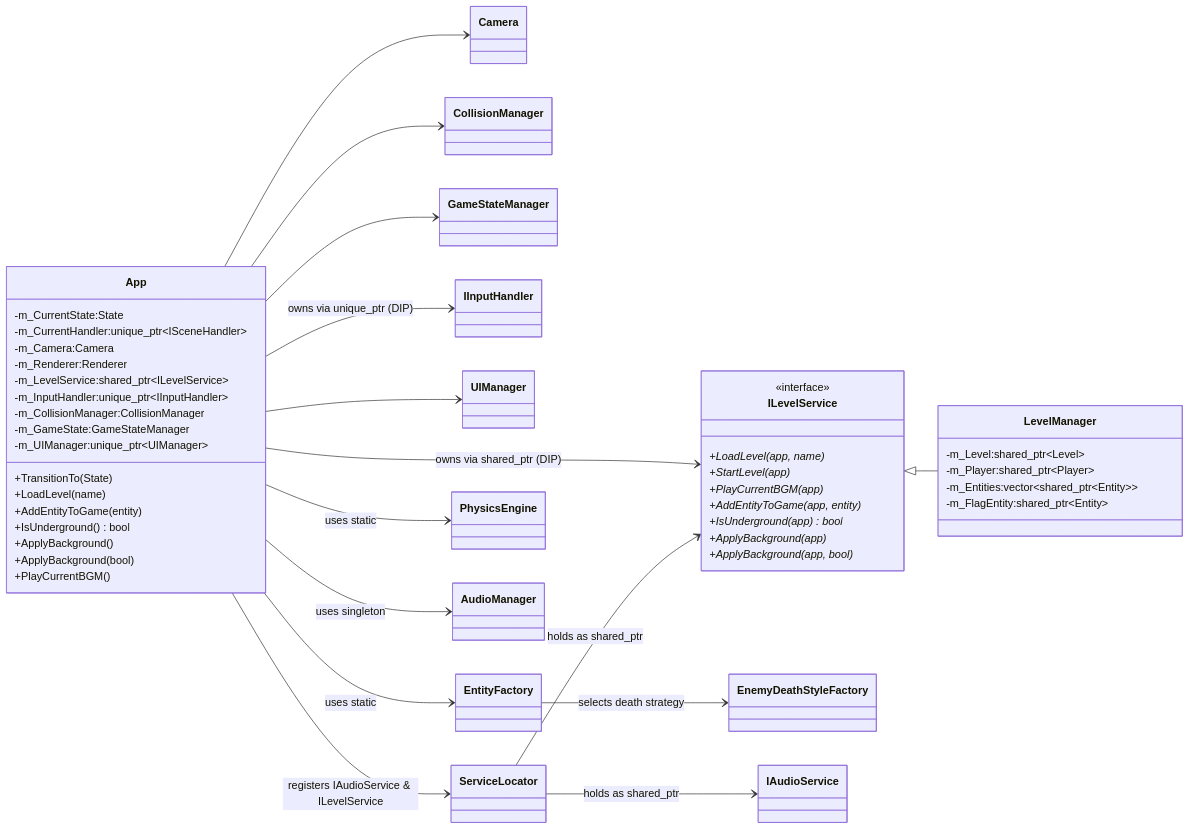
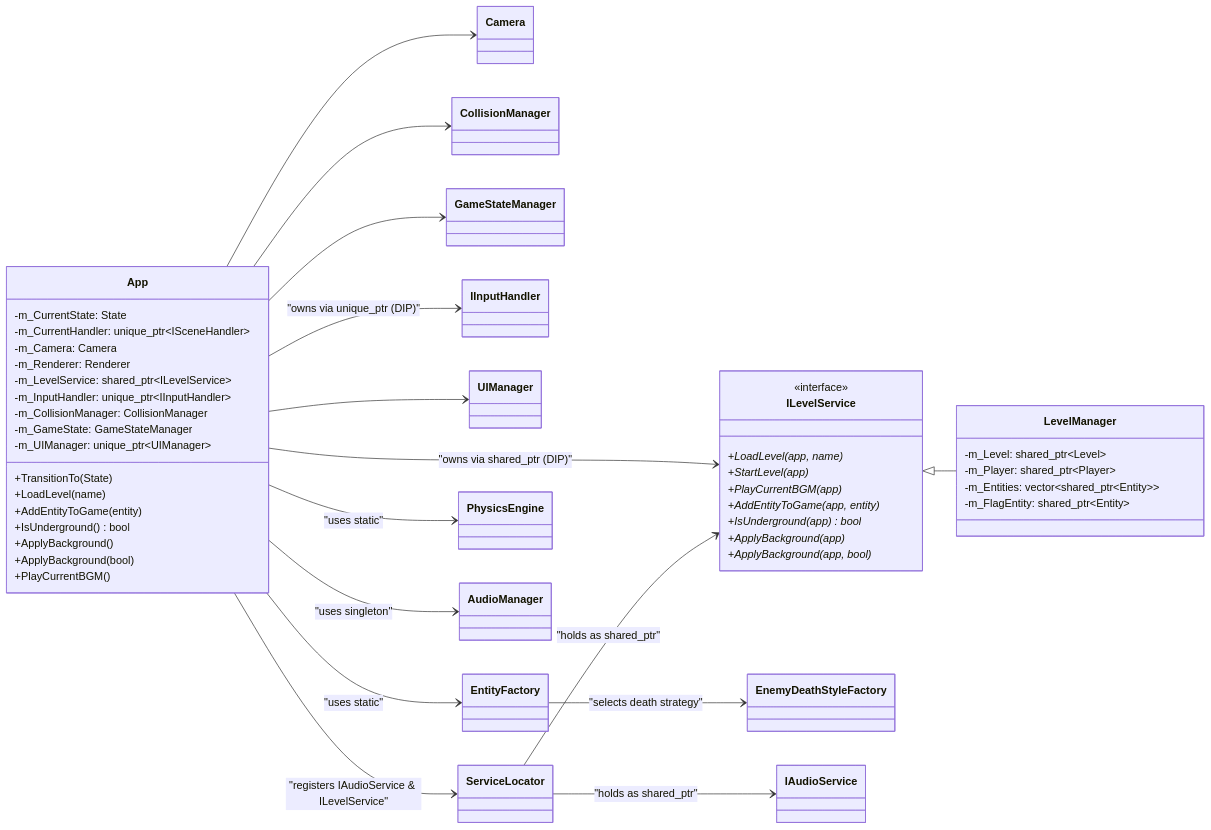
Before and after one commit to Andy87877/NTUT_OOPL_mario: the eighth of 23 diagrams in Constructure.md, drawn with Mermaid. The commit also changed other lines of this file, not shown here.

````diff
--- a/Constructure.md
+++ b/Constructure.md
@@ -582,56 +565,56 @@
 ```mermaid
 classDiagram
     direction LR
 
     class App {
-        -m_CurrentState:State
-        -m_CurrentHandler:unique_ptr~ISceneHandler~
-        -m_Camera:Camera
-        -m_Renderer:Renderer
-        -m_LevelService:shared_ptr~ILevelService~
-        -m_InputHandler:unique_ptr~IInputHandler~
-        -m_CollisionManager:CollisionManager
-        -m_GameState:GameStateManager
-        -m_UIManager:unique_ptr~UIManager~
+        -m_CurrentState: State
+        -m_CurrentHandler: unique_ptr~ISceneHandler~
+        -m_Camera: Camera
+        -m_Renderer: Renderer
+        -m_LevelService: shared_ptr~ILevelService~
+        -m_InputHandler: unique_ptr~IInputHandler~
+        -m_CollisionManager: CollisionManager
+        -m_GameState: GameStateManager
+        -m_UIManager: unique_ptr~UIManager~
         +TransitionTo(State)
         +LoadLevel(name)
         +AddEntityToGame(entity)
         +IsUnderground() bool
         +ApplyBackground()
         +ApplyBackground(bool)
         +PlayCurrentBGM()
     }
 
     class ILevelService {
         <<interface>>
         +LoadLevel(app, name)*
         +StartLevel(app)*
         +PlayCurrentBGM(app)*
         +AddEntityToGame(app, entity)*
         +IsUnderground(app) bool*
         +ApplyBackground(app)*
         +ApplyBackground(app, bool)*
     }
 
     class LevelManager {
-        -m_Level:shared_ptr~Level~
-        -m_Player:shared_ptr~Player~
-        -m_Entities:vector~shared_ptr~Entity~~
-        -m_FlagEntity:shared_ptr~Entity~
+        -m_Level: shared_ptr~Level~
+        -m_Player: shared_ptr~Player~
+        -m_Entities: vector~shared_ptr~Entity~~
+        -m_FlagEntity: shared_ptr~Entity~
     }
 
     ILevelService <|-- LevelManager
-    App --> ILevelService : owns via shared_ptr (DIP)
+    App --> ILevelService : "owns via shared_ptr (DIP)"
     App --> Camera
     App --> CollisionManager
     App --> GameStateManager
-    App --> IInputHandler       : owns via unique_ptr (DIP)
+    App --> IInputHandler       : "owns via unique_ptr (DIP)"
     App --> UIManager
-    App --> EntityFactory      : uses static
-    App --> PhysicsEngine      : uses static
-    App --> AudioManager       : uses singleton
-    App --> ServiceLocator     : registers IAudioService & ILevelService
-    EntityFactory --> EnemyDeathStyleFactory : selects death strategy
-    ServiceLocator --> IAudioService : holds as shared_ptr
-    ServiceLocator --> ILevelService : holds as shared_ptr
+    App --> EntityFactory      : "uses static"
+    App --> PhysicsEngine      : "uses static"
+    App --> AudioManager       : "uses singleton"
+    App --> ServiceLocator     : "registers IAudioService & ILevelService"
+    EntityFactory --> EnemyDeathStyleFactory : "selects death strategy"
+    ServiceLocator --> IAudioService : "holds as shared_ptr"
+    ServiceLocator --> ILevelService : "holds as shared_ptr"
 ```
````
